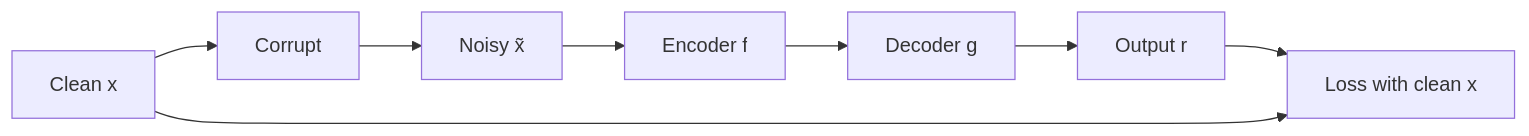
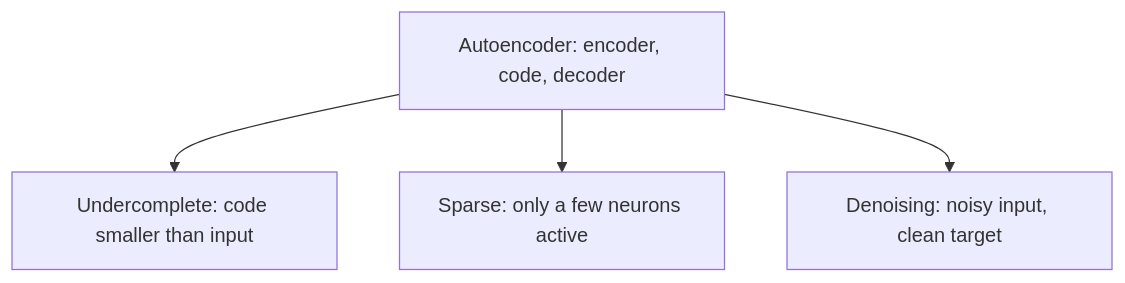
One commit to TrendySloth1001/sem-seven-notes changed the diagram in content/deep-learning/pyq/2024-12/q5b.mdx. Above: the diagram before and after it, drawn with Mermaid. The commit also changed other lines of this file and 254 other files, not shown here.

Commit message:
Rewrite the backpropagation, gradient descent, regularization and autoencoder notes and their 29 answers from the teachers' class files. They use 185 teacher figures with class-notes citations only, and correct the AdaGrad, RMSProp, Nesterov and batch-norm numbers on the slides.

````diff
--- a/content/deep-learning/pyq/2024-12/q5b.mdx
+++ b/content/deep-learning/pyq/2024-12/q5b.mdx
@@ -19,11 +7,7 @@
 ```mermaid
-%% caption: Denoising autoencoder training. The noisy copy goes in; the loss compares the output with the clean original.
-flowchart LR
-  X["Clean x"] --> N["Corrupt"]
-  N --> XT["Noisy x̃"]
-  XT --> E["Encoder f"]
-  E --> D["Decoder g"]
-  D --> R["Output r"]
-  R --> L["Loss with clean x"]
-  X --> L
+%% caption: Three types of autoencoder, each with its own rule that stops the network from simply copying the input.
+flowchart TD
+  A["Autoencoder: encoder, code, decoder"] --> B["Undercomplete: code smaller than input"]
+  A --> C["Sparse: only a few neurons active"]
+  A --> D["Denoising: noisy input, clean target"]
 ```
````
